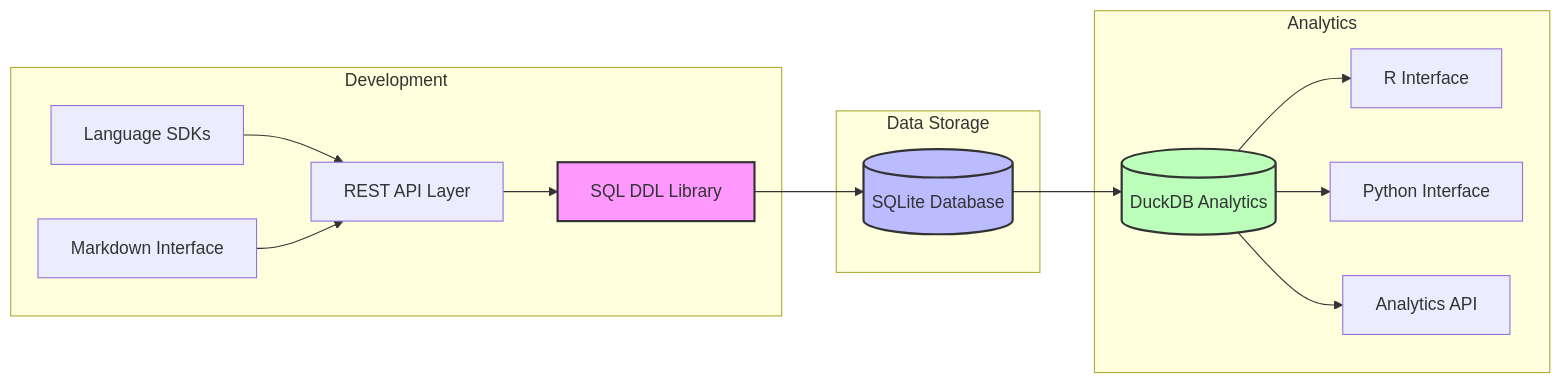
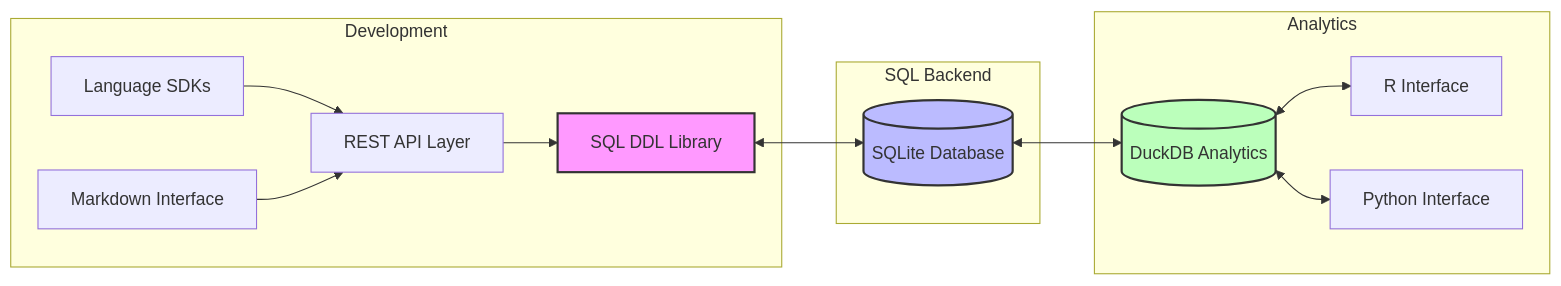
The first of 5 diagrams in README.md (jacobmpeters/questSQL), drawn with Mermaid before and after one commit. The commit also changed other lines of this file, not shown here.

Commit message:
docs: update pipeline diagram with bidirectional arrows and rename Data Storage to SQL Backend

````diff
--- a/README.md
+++ b/README.md
@@ -37,34 +37,32 @@
 ```mermaid
 graph LR
     subgraph Development
         DDL[SQL DDL Library]
         API[REST API Layer]
         SDK[Language SDKs]
         MD[Markdown Interface]
     end
 
-    subgraph Data Storage
+    subgraph SQL Backend
         SQLite[(SQLite Database)]
     end
 
     subgraph Analytics
         DuckDB[(DuckDB Analytics)]
         R[R Interface]
         Python[Python Interface]
-        API2[Analytics API]
     end
 
-    DDL --> SQLite
+    DDL <--> SQLite
     API --> DDL
     SDK --> API
     MD --> API
 
-    SQLite --> DuckDB
-    DuckDB --> R
-    DuckDB --> Python
-    DuckDB --> API2
+    SQLite <--> DuckDB
+    DuckDB <--> R
+    DuckDB <--> Python
 
     style DDL fill:#f9f,stroke:#333,stroke-width:2px
     style SQLite fill:#bbf,stroke:#333,stroke-width:2px
     style DuckDB fill:#bfb,stroke:#333,stroke-width:2px
 ```
````
